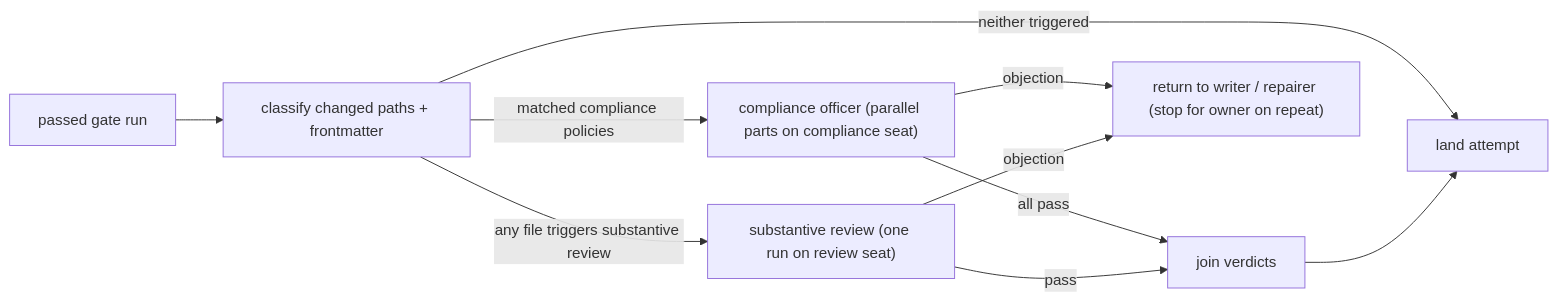
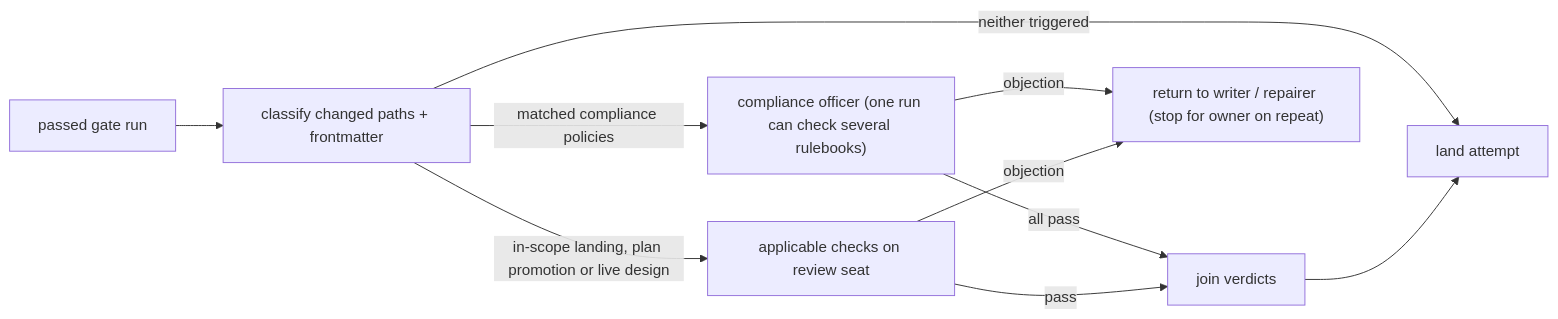
Before and after one commit to mschulkind-oss/tillr: the diagram in docs/design/tillr-review-rules.md, drawn with Mermaid. The commit also changed other lines of this file, not shown here.

Commit message:
docs: record review scope, rulebook ownership and review triggers

````diff
--- a/docs/design/tillr-review-rules.md
+++ b/docs/design/tillr-review-rules.md
@@ -108,12 +108,12 @@
 ```mermaid
 flowchart LR
     G["passed gate run"] --> M["classify changed paths + frontmatter"]
-    M -->|"matched compliance policies"| C["compliance officer (parallel parts on compliance seat)"]
-    M -->|"any file triggers substantive review"| R["substantive review (one run on review seat)"]
+    M -->|"matched compliance policies"| C["compliance officer (one run can check several rulebooks)"]
+    M -->|"in-scope landing, plan promotion or live design"| R["applicable checks on review seat"]
     M -->|"neither triggered"| L["land attempt"]
     C -->|"all pass"| J["join verdicts"]
     R -->|"pass"| J
     J --> L
     C -->|"objection"| W["return to writer / repairer (stop for owner on repeat)"]
     R -->|"objection"| W
 ```
````
